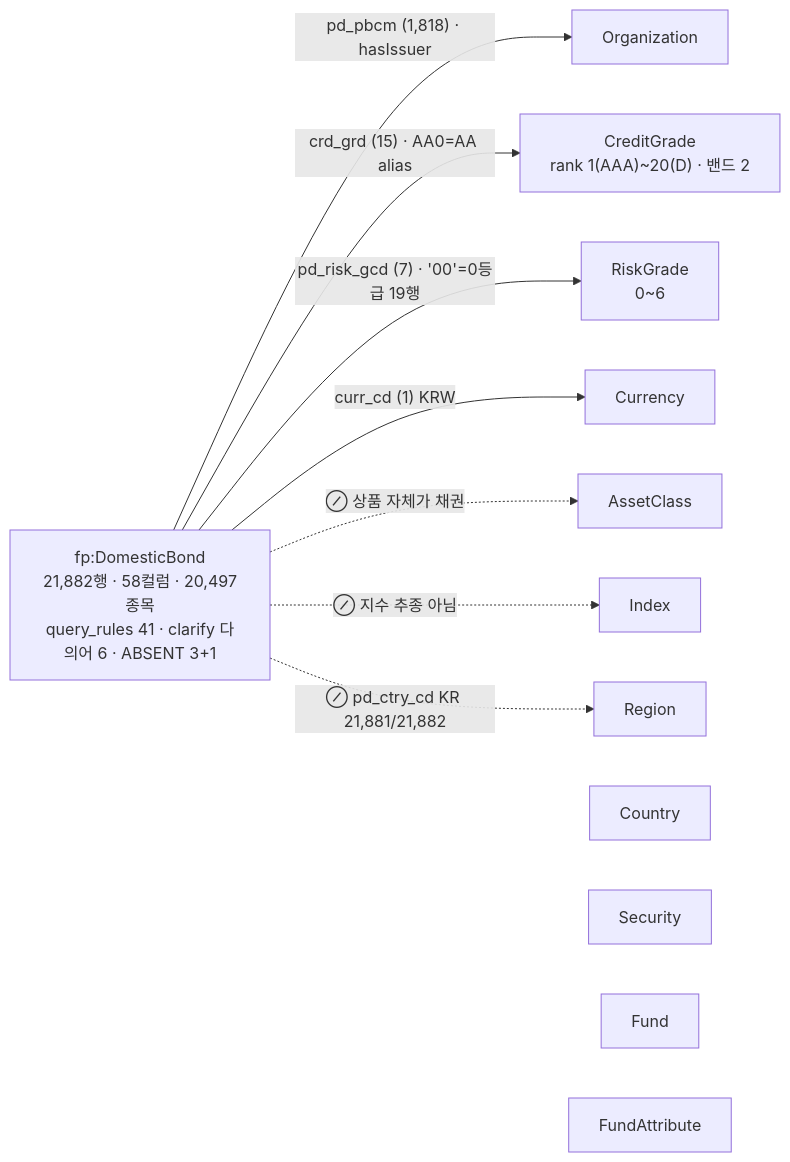
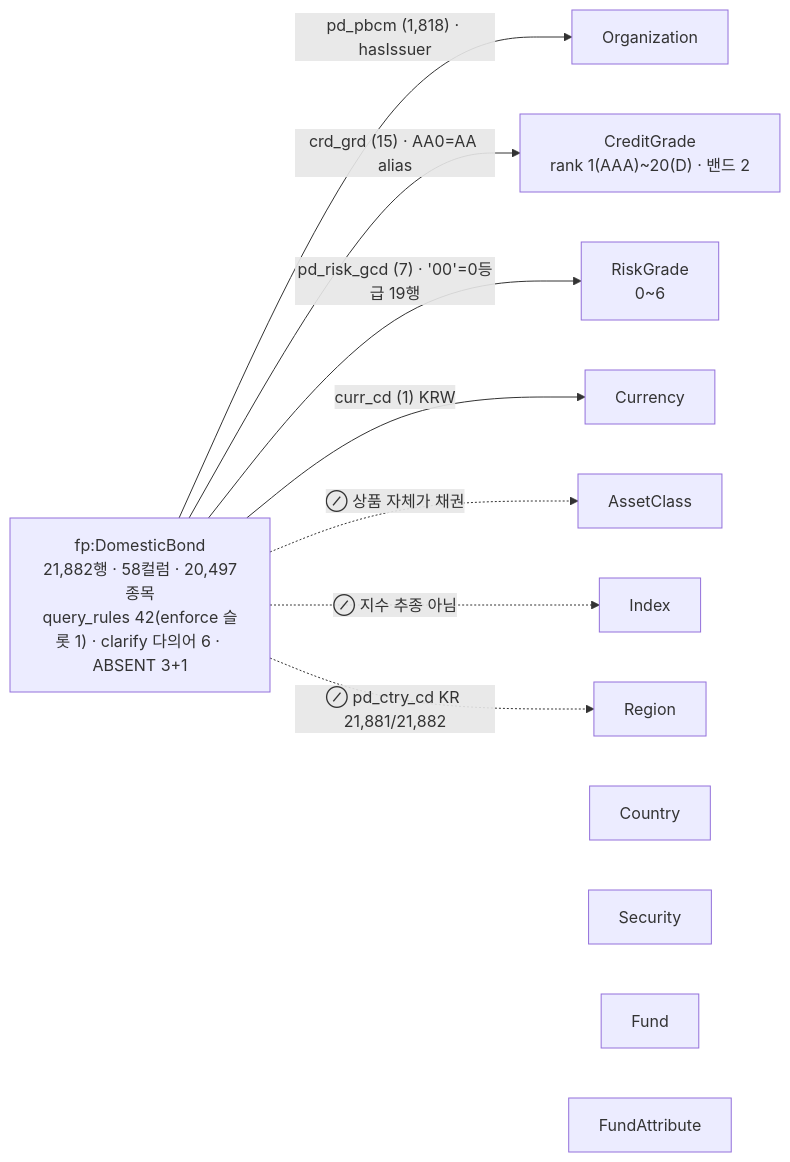
The diagram in docs/기술제안서/04_도메인_채권.md (Song-exp/miraeassetfesta), drawn with Mermaid before and after one commit. The commit also changed other lines of this file and 12 other files, not shown here.

First line of the commit message:
rules(bonds): 기준일 8/24 통일 — 채권 첫 enforce 슬롯 BONDPOP · 집계 키 TRIM

````diff
--- a/docs/기술제안서/04_도메인_채권.md
+++ b/docs/기술제안서/04_도메인_채권.md
@@ -78,13 +78,13 @@
 ```mermaid
 flowchart LR
-  B["fp:DomesticBond<br/>21,882행 · 58컬럼 · 20,497종목<br/>query_rules 41 · clarify 다의어 6 · ABSENT 3+1"]
+  B["fp:DomesticBond<br/>21,882행 · 58컬럼 · 20,497종목<br/>query_rules 42(enforce 슬롯 1) · clarify 다의어 6 · ABSENT 3+1"]
   ORG[Organization]; CG["CreditGrade<br/>rank 1(AAA)~20(D) · 밴드 2"]; RG["RiskGrade<br/>0~6"]; AC[AssetClass]; IDX[Index]; REG[Region]; CTY[Country]; CUR[Currency]; SEC[Security]; FND[Fund]; FA[FundAttribute]
   B -- "pd_pbcm (1,818) · hasIssuer" --> ORG
   B -- "crd_grd (15) · AA0=AA alias" --> CG
   B -- "pd_risk_gcd (7) · '00'=0등급 19행" --> RG
   B -- "curr_cd (1) KRW" --> CUR
   B -. "⊘ 상품 자체가 채권" .-> AC
   B -. "⊘ 지수 추종 아님" .-> IDX
   B -. "⊘ pd_ctry_cd KR 21,881/21,882" .-> REG
   B ~~~ CTY; B ~~~ SEC; B ~~~ FND; B ~~~ FA
 ```
````
